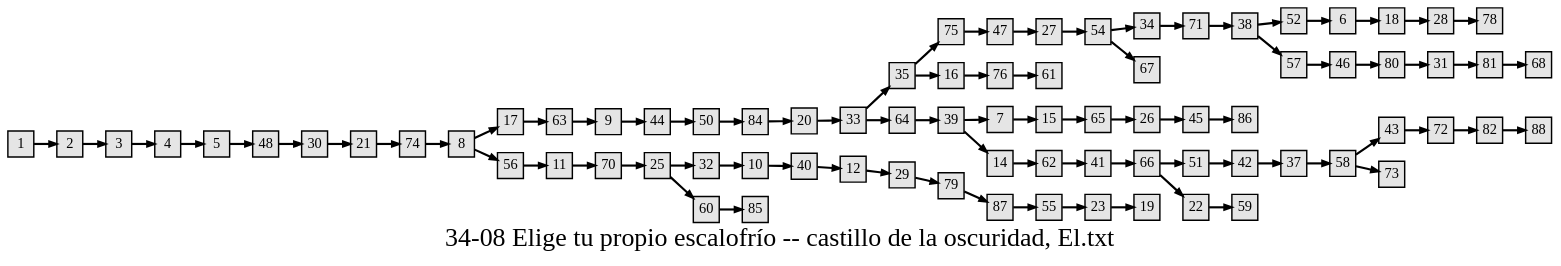
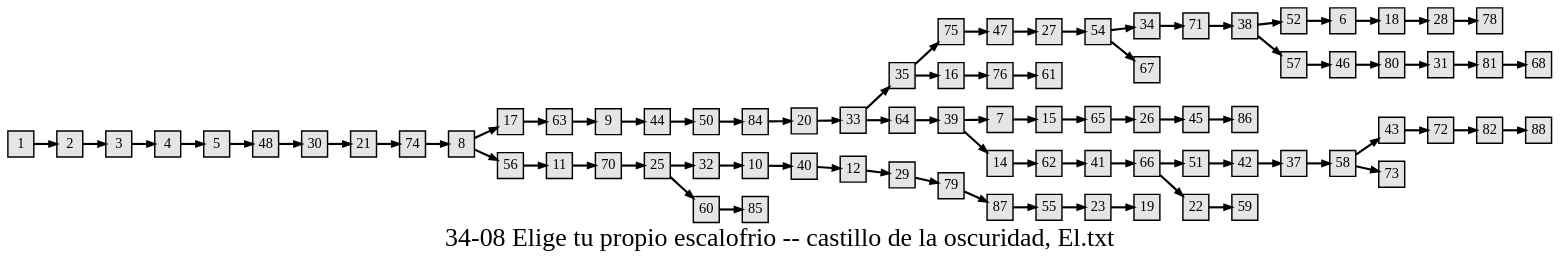
Before and after one commit to jeremydouglass/transverse-gallery: the diagram in assets/gamebooks/graphviz/34-08 Elige tu propio escalofrio -- castillo de la oscuridad, El.txt.gv, drawn with Graphviz. The commit also changed 739 other files, not shown here.

Commit message:
Gamebooks: tgf, graphviz, images, thumbs, logs

```diff
--- a/assets/gamebooks/graphviz/34-08 Elige tu propio escalofrio -- castillo de la oscuridad, El.txt.gv
+++ b/assets/gamebooks/graphviz/34-08 Elige tu propio escalofrio -- castillo de la oscuridad, El.txt.gv
@@ -1,84 +1,84 @@
 digraph g{
-  graph [ label="34-08 Elige tu propio escalofrío -- castillo de la oscuridad, El.txt" rankdir=LR, ordering=out, fontsize=36, nodesep="0.35", ranksep="0.45"];
+  graph [ label="34-08 Elige tu propio escalofrio -- castillo de la oscuridad, El.txt" rankdir=LR, ordering=out, fontsize=36, nodesep="0.35", ranksep="0.45"];
   node  [shape=rect, penwidth=2, fontsize=20, style=filled, fillcolor=grey90, margin="0,0", labelfloat=true, regular=true, fixedsize=true];
   edge  [labelfloat=true, penwidth=3, fontsize=12];
   1 -> 2;
   2 -> 3;
   3 -> 4;
   4 -> 5;
   5 -> 48;
   6 -> 18;
   7 -> 15;
   8 -> 17;
   8 -> 56;
   9 -> 44;
   10 -> 40;
   11 -> 70;
   12 -> 29;
   14 -> 62;
   15 -> 65;
   16 -> 76;
   17 -> 63;
   18 -> 28;
   20 -> 33;
   21 -> 74;
   22 -> 59;
   23 -> 19;
   25 -> 32;
   25 -> 60;
   26 -> 45;
   27 -> 54;
   28 -> 78;
   29 -> 79;
   30 -> 21;
   31 -> 81;
   32 -> 10;
   33 -> 35;
   33 -> 64;
   34 -> 71;
   35 -> 75;
   35 -> 16;
   37 -> 58;
   38 -> 52;
   38 -> 57;
   39 -> 7;
   39 -> 14;
   40 -> 12;
   41 -> 66;
   42 -> 37;
   43 -> 72;
   44 -> 50;
   45 -> 86;
   46 -> 80;
   47 -> 27;
   48 -> 30;
   50 -> 84;
   51 -> 42;
   52 -> 6;
   54 -> 34;
   54 -> 67;
   55 -> 23;
   56 -> 11;
   57 -> 46;
   58 -> 43;
   58 -> 73;
   60 -> 85;
   62 -> 41;
   63 -> 9;
   64 -> 39;
   65 -> 26;
   66 -> 51;
   66 -> 22;
   70 -> 25;
   71 -> 38;
   72 -> 82;
   74 -> 8;
   75 -> 47;
   76 -> 61;
   79 -> 87;
   80 -> 31;
   81 -> 68;
   82 -> 88;
   84 -> 20;
   87 -> 55;
 }
```
